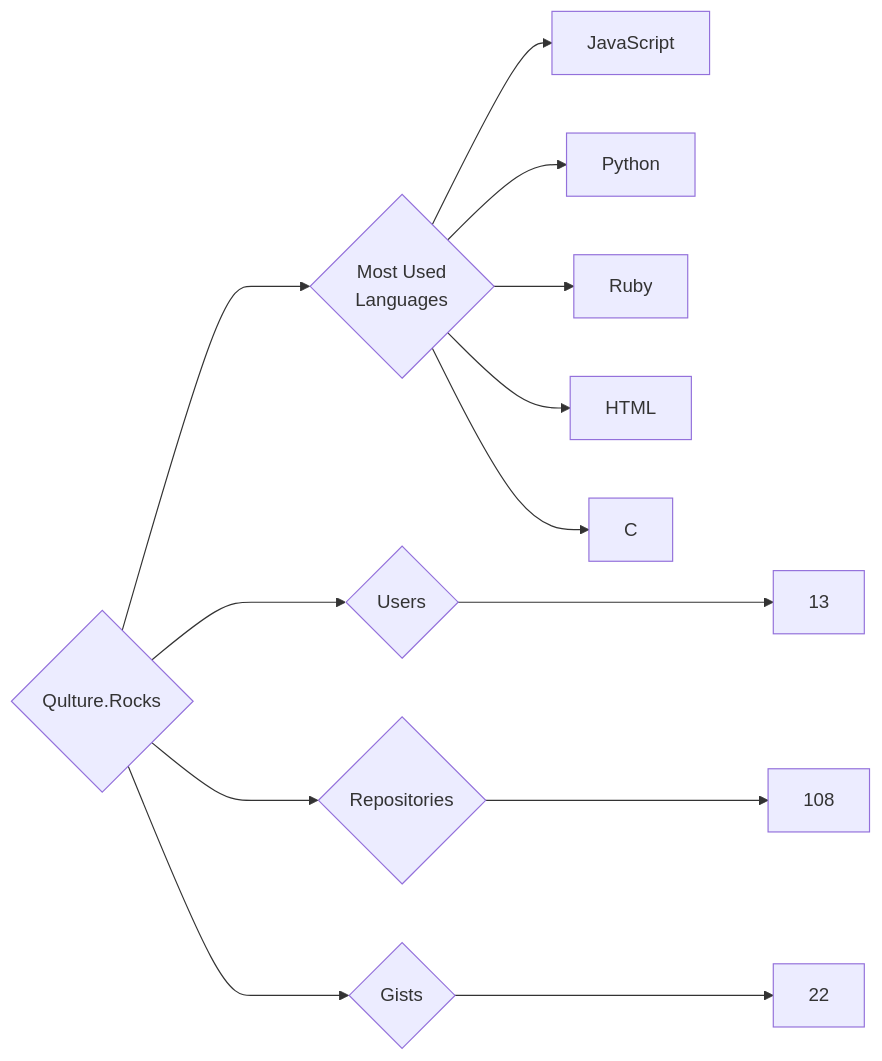
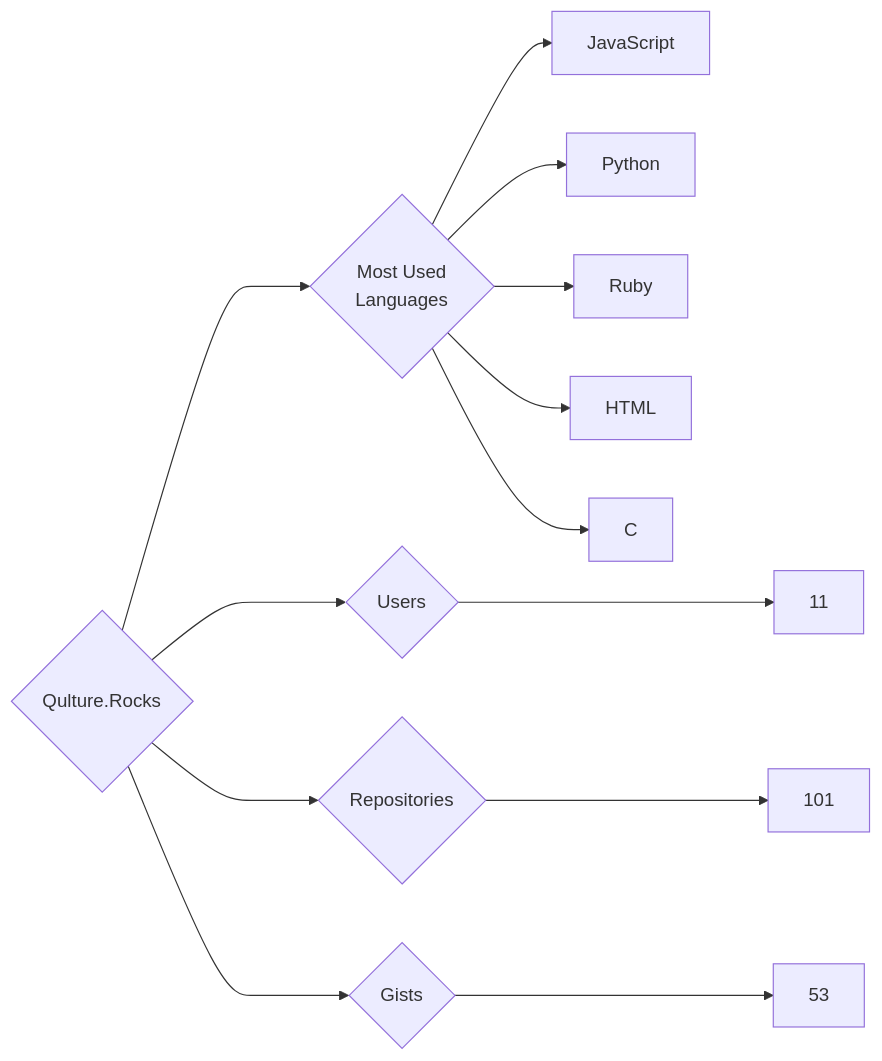
Before and after one commit to trickest/insiders: the diagram in targets/Qulture.Rocks/README.md, drawn with Mermaid. The commit also changed 765 other files, not shown here.

````diff
--- a/targets/Qulture.Rocks/README.md
+++ b/targets/Qulture.Rocks/README.md
@@ -3,13 +3,13 @@
 ```mermaid
 graph LR
 COMPANY_NAME{Qulture.Rocks}
-COMPANY_NAME ---> U{Users} ---> UN[13]
-COMPANY_NAME ---> R{Repositories} ---> RN[108]
-COMPANY_NAME ---> G{Gists} ---> GN[22]
+COMPANY_NAME ---> U{Users} ---> UN[11]
+COMPANY_NAME ---> R{Repositories} ---> RN[101]
+COMPANY_NAME ---> G{Gists} ---> GN[53]
 COMPANY_NAME ---> ML{Most Used<br>Languages}
 ML --> JavaScript[JavaScript]
 ML --> Python[Python]
 ML --> Ruby[Ruby]
 ML --> HTML[HTML]
 ML --> C[C]
 ```
````
